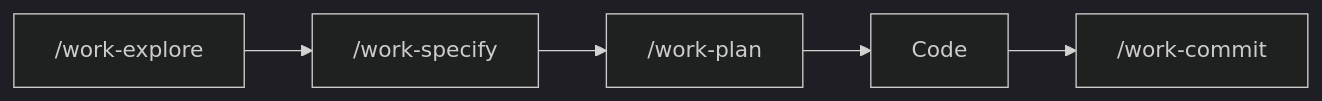
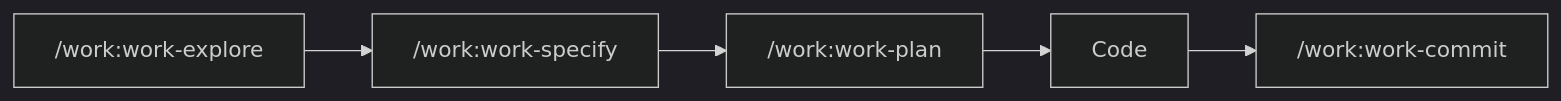
The diagram in website/docs/guides/faq.md (christopherlouet/claude-base), drawn with Mermaid (dark theme) before and after one commit. The commit also changed other lines of this file and 318 other files, not shown here.

````diff
--- a/website/docs/guides/faq.md
+++ b/website/docs/guides/faq.md
@@ -239,7 +239,7 @@
 ```mermaid
 flowchart LR
-    A["/work-explore"] --> B["/work-specify"]
-    B --> C["/work-plan"]
+    A["/work:work-explore"] --> B["/work:work-specify"]
+    B --> C["/work:work-plan"]
     C --> D["Code"]
-    D --> E["/work-commit"]
+    D --> E["/work:work-commit"]
 ```
````
